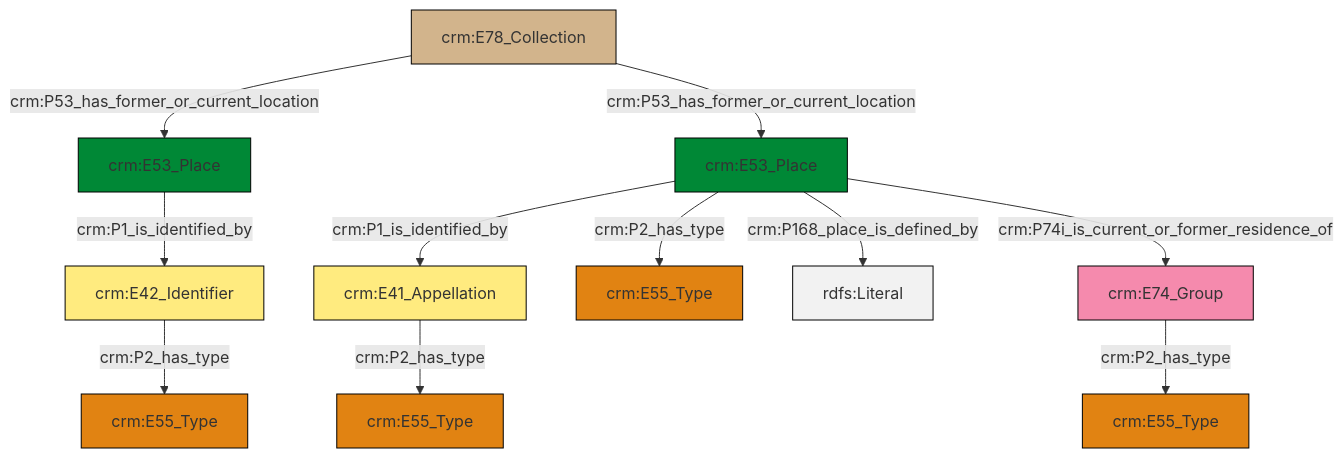
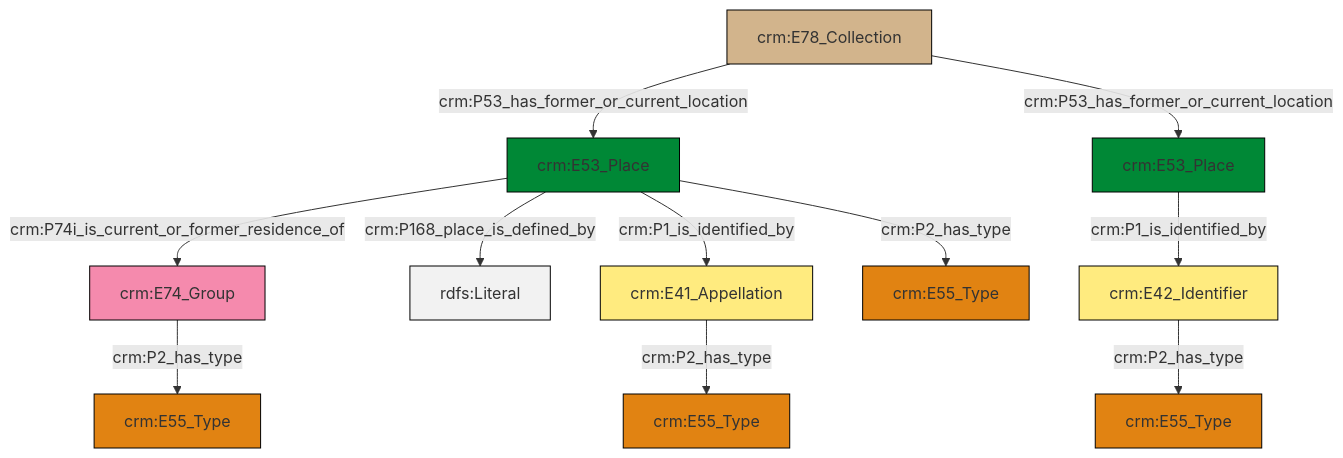
The diagram in et/archivalCSV/ttl/mmd/archival_location.ttl.mmd (swiss-art-research-net/docs.swissartresearch), drawn with Mermaid before and after one commit. The commit also changed 175 other files, not shown here.

```diff
--- a/et/archivalCSV/ttl/mmd/archival_location.ttl.mmd
+++ b/et/archivalCSV/ttl/mmd/archival_location.ttl.mmd
@@ -1,25 +1,25 @@
 graph TD
 classDef Literal fill:#f2f2f2,stroke:#000000;
 classDef CRM_Entity fill:#FFFFFF,stroke:#000000;
 classDef Temporal_Entity fill:#00C9E6, stroke:#000000;
 classDef Type fill:#E18312, stroke:#000000;
 classDef Time-Span fill:#2C9C91, stroke:#000000;
 classDef Appellation fill:#FFEB7F, stroke:#000000;
 classDef Place fill:#008836, stroke:#000000;
 classDef Persistent_Item fill:#B266B2, stroke:#000000;
 classDef Conceptual_Object fill:#FFD700, stroke:#000000;
 classDef Physical_Thing fill:#D2B48C, stroke:#000000;
 classDef Actor fill:#f58aad, stroke:#000000;
 classDef PC_Classes fill:#4ce600, stroke:#000000;
 classDef Multi fill:#cccccc,stroke:#000000;
 
-2["crm:E53_Place"]:::Place -->|crm:P1_is_identified_by| 3["crm:E42_Identifier"]:::Appellation
-6["crm:E78_Collection"]:::Physical_Thing -->|crm:P53_has_former_or_current_location| 2["crm:E53_Place"]:::Place
-3["crm:E42_Identifier"]:::Appellation -->|crm:P2_has_type| 10["crm:E55_Type"]:::Type
-11["crm:E53_Place"]:::Place -->|crm:P2_has_type| 12["crm:E55_Type"]:::Type
-11["crm:E53_Place"]:::Place -->|crm:P168_place_is_defined_by| 14[rdfs:Literal]:::Literal
-11["crm:E53_Place"]:::Place -->|crm:P1_is_identified_by| 15["crm:E41_Appellation"]:::Appellation
-15["crm:E41_Appellation"]:::Appellation -->|crm:P2_has_type| 8["crm:E55_Type"]:::Type
-11["crm:E53_Place"]:::Place -->|crm:P74i_is_current_or_former_residence_of| 0["crm:E74_Group"]:::Actor
-6["crm:E78_Collection"]:::Physical_Thing -->|crm:P53_has_former_or_current_location| 11["crm:E53_Place"]:::Place
-0["crm:E74_Group"]:::Actor -->|crm:P2_has_type| 4["crm:E55_Type"]:::Type
+4["crm:E74_Group"]:::Actor -->|crm:P2_has_type| 5["crm:E55_Type"]:::Type
+6["crm:E53_Place"]:::Place -->|crm:P74i_is_current_or_former_residence_of| 4["crm:E74_Group"]:::Actor
+9["crm:E78_Collection"]:::Physical_Thing -->|crm:P53_has_former_or_current_location| 6["crm:E53_Place"]:::Place
+7["crm:E53_Place"]:::Place -->|crm:P1_is_identified_by| 18["crm:E42_Identifier"]:::Appellation
+18["crm:E42_Identifier"]:::Appellation -->|crm:P2_has_type| 11["crm:E55_Type"]:::Type
+6["crm:E53_Place"]:::Place -->|crm:P168_place_is_defined_by| 20[rdfs:Literal]:::Literal
+6["crm:E53_Place"]:::Place -->|crm:P1_is_identified_by| 0["crm:E41_Appellation"]:::Appellation
+6["crm:E53_Place"]:::Place -->|crm:P2_has_type| 2["crm:E55_Type"]:::Type
+9["crm:E78_Collection"]:::Physical_Thing -->|crm:P53_has_former_or_current_location| 7["crm:E53_Place"]:::Place
+0["crm:E41_Appellation"]:::Appellation -->|crm:P2_has_type| 13["crm:E55_Type"]:::Type
```
